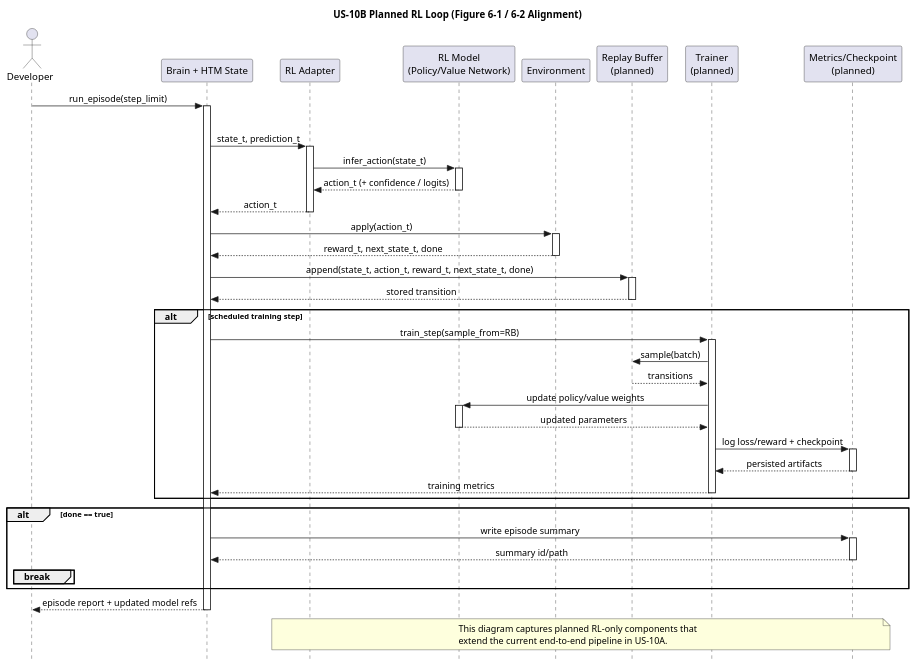
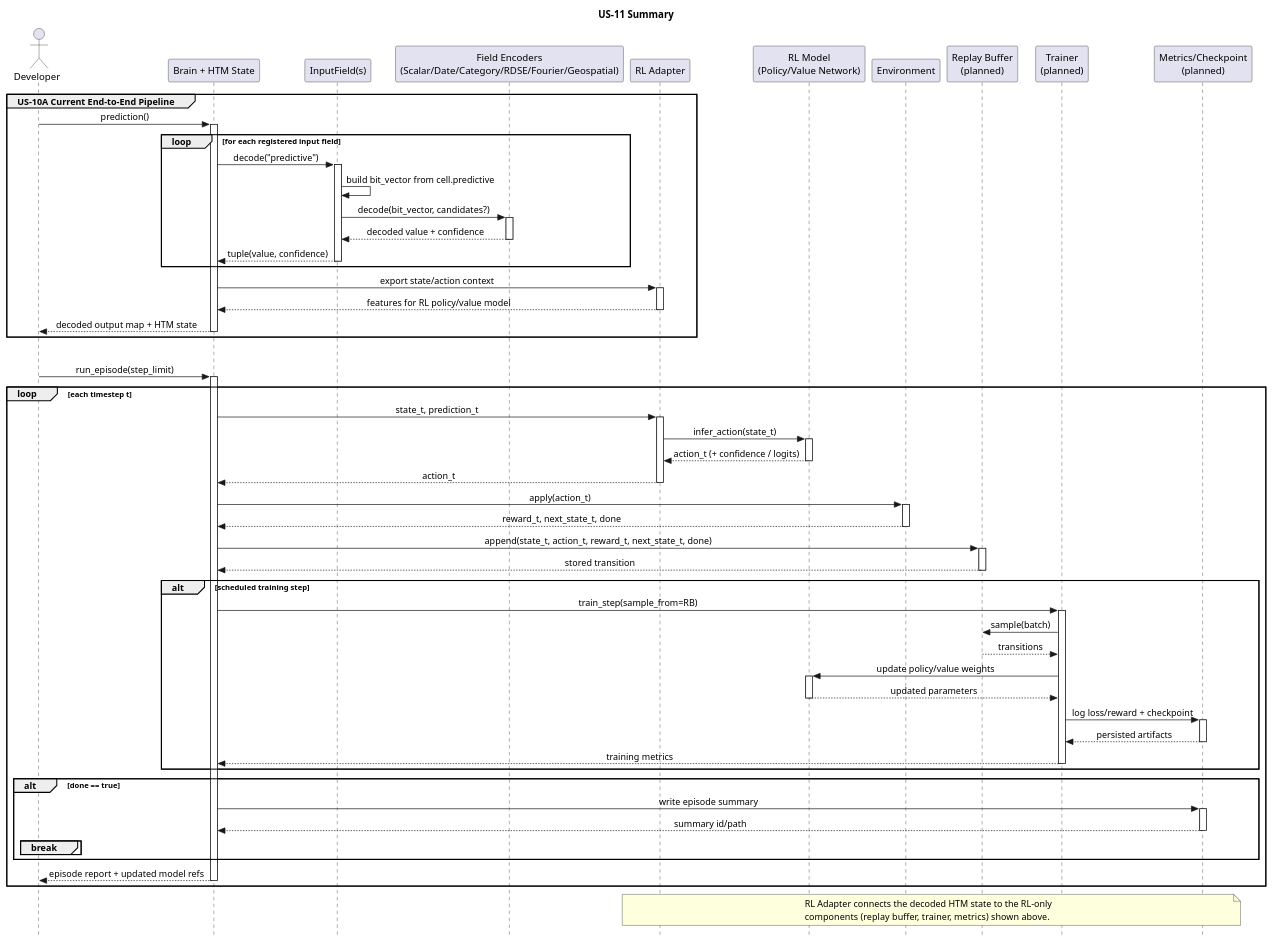
The diagram in docs/puml/US/us-10.puml (egrembocki/htmrl), drawn with PlantUML before and after one commit. The commit also changed other lines of this file and 8 other files, not shown here.

```diff
--- a/docs/puml/US/us-10.puml
+++ b/docs/puml/US/us-10.puml
@@ -45,71 +1,99 @@
 @startuml
 skinparam style strictuml
 skinparam sequenceMessageAlign center
 skinparam responseMessageBelowArrow true
 
-title US-10B Planned RL Loop (Figure 6-1 / 6-2 Alignment)
+title US-11 Summary
 
-actor Developer
+actor "Developer" as Dev
 participant "Brain + HTM State" as BR
+participant "InputField(s)" as IF
+participant "Field Encoders\n(Scalar/Date/Category/RDSE/Fourier/Geospatial)" as FE
 participant "RL Adapter" as RLA
 participant "RL Model\n(Policy/Value Network)" as RLM
 participant "Environment" as ENV
 participant "Replay Buffer\n(planned)" as RB
 participant "Trainer\n(planned)" as TR
 participant "Metrics/Checkpoint\n(planned)" as MC
 
-Developer -> BR: run_episode(step_limit)
-activate BR
-loop each timestep t
-  BR -> RLA: state_t, prediction_t
+group US-10A Current End-to-End Pipeline
+  Dev -> BR: prediction()
+  activate BR
+  loop for each registered input field
+    BR -> IF: decode("predictive")
+    activate IF
+    IF -> IF: build bit_vector from cell.predictive
+    IF -> FE: decode(bit_vector, candidates?)
+    activate FE
+    FE --> IF: decoded value + confidence
+    deactivate FE
+    IF --> BR: tuple(value, confidence)
+    deactivate IF
+  end
+
+  BR -> RLA: export state/action context
   activate RLA
-  RLA -> RLM: infer_action(state_t)
-  activate RLM
-  RLM --> RLA: action_t (+ confidence / logits)
-  deactivate RLM
-  RLA --> BR: action_t
+  RLA --> BR: features for RL policy/value model
   deactivate RLA
 
-  BR -> ENV: apply(action_t)
-  activate ENV
-  ENV --> BR: reward_t, next_state_t, done
-  deactivate ENV
+  BR --> Dev: decoded output map + HTM state
+  deactivate BR
+end
 
-  BR -> RB: append(state_t, action_t, reward_t, next_state_t, done)
-  activate RB
-  RB --> BR: stored transition
-  deactivate RB
+group US-10B Planned RL Loop (Figure 6-1/6-2 Alignment)
+  Dev -> BR: run_episode(step_limit)
+  activate BR
+  loop each timestep t
+    BR -> RLA: state_t, prediction_t
+    activate RLA
+    RLA -> RLM: infer_action(state_t)
+    activate RLM
+    RLM --> RLA: action_t (+ confidence / logits)
+    deactivate RLM
+    RLA --> BR: action_t
+    deactivate RLA
 
-  alt scheduled training step
-    BR -> TR: train_step(sample_from=RB)
-    activate TR
-    TR -> RB: sample(batch)
-    RB --> TR: transitions
-    TR -> RLM: update policy/value weights
-    activate RLM
-    RLM --> TR: updated parameters
-    deactivate RLM
-    TR -> MC: log loss/reward + checkpoint
-    activate MC
-    MC --> TR: persisted artifacts
-    deactivate MC
-    TR --> BR: training metrics
-    deactivate TR
+    BR -> ENV: apply(action_t)
+    activate ENV
+    ENV --> BR: reward_t, next_state_t, done
+    deactivate ENV
+
+    BR -> RB: append(state_t, action_t, reward_t, next_state_t, done)
+    activate RB
+    RB --> BR: stored transition
+    deactivate RB
+
+    alt scheduled training step
+      BR -> TR: train_step(sample_from=RB)
+      activate TR
+      TR -> RB: sample(batch)
+      RB --> TR: transitions
+      TR -> RLM: update policy/value weights
+      activate RLM
+      RLM --> TR: updated parameters
+      deactivate RLM
+      TR -> MC: log loss/reward + checkpoint
+      activate MC
+      MC --> TR: persisted artifacts
+      deactivate MC
+      TR --> BR: training metrics
+      deactivate TR
+    end
+
+    alt done == true
+      BR -> MC: write episode summary
+      activate MC
+      MC --> BR: summary id/path
+      deactivate MC
+      break
+    end
   end
-
-  alt done == true
-    BR -> MC: write episode summary
-    activate MC
-    MC --> BR: summary id/path
-    deactivate MC
-    break
-  end
+  BR --> Dev: episode report + updated model refs
+  deactivate BR
 end
-BR --> Developer: episode report + updated model refs
-deactivate BR
 
 note over RLA,MC
-This diagram captures planned RL-only components that
-extend the current end-to-end pipeline in US-10A.
+RL Adapter connects the decoded HTM state to the RL-only
+components (replay buffer, trainer, metrics) shown above.
 end note
 @enduml
```
